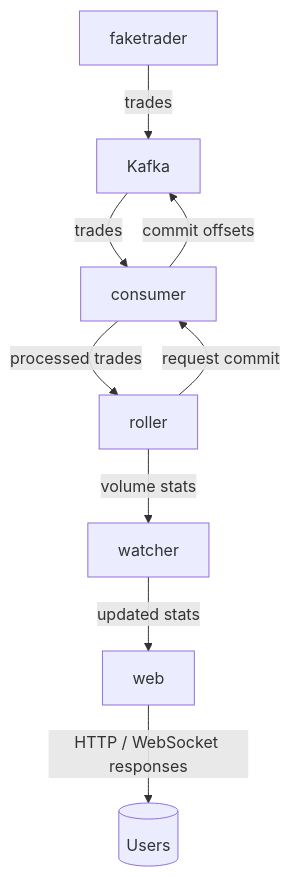
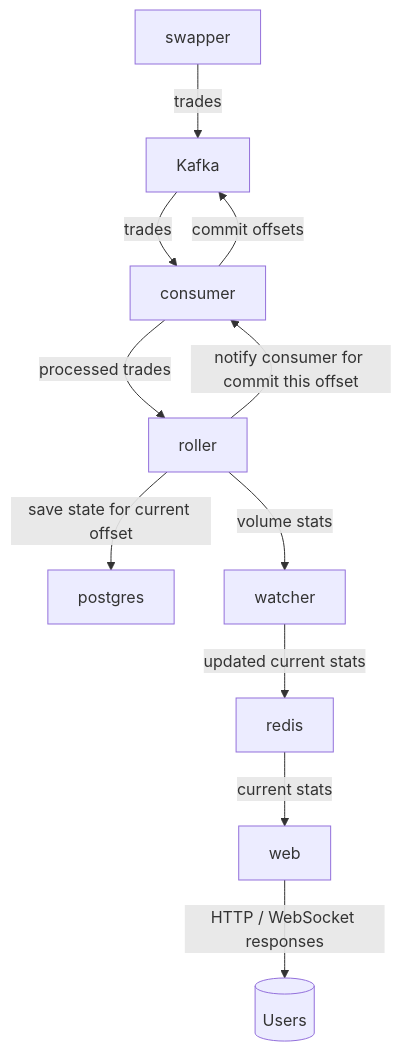
One commit to zamyatin-zkex/volumer changed the first of 2 diagrams in README.md. Above: the diagram before and after it, drawn with Mermaid.

Commit message:
test scheme

````diff
--- a/README.md
+++ b/README.md
@@ -32,11 +32,13 @@
 ```mermaid
 flowchart TD
-    F[faketrader] -- "trades" --> K[Kafka]
+    S[swapper] -- "trades" --> K[Kafka]
     K -- "trades" --> C[consumer]
     C -- "processed trades" --> R[roller]
-    R -- "request commit" --> C
+    R -- "save state for current offset" --> Pg[postgres]
+    R -- "notify consumer for commit this offset" --> C
     C -- "commit offsets" --> K
     R -- "volume stats" --> Wt[watcher]
-    Wt -- "updated stats" --> W[web]
+    Wt -- "updated current stats" --> Re[redis]
+    Re -- "current stats" --> W[web]
     W -- "HTTP / WebSocket responses" --> U[(Users)]
 ```
````
